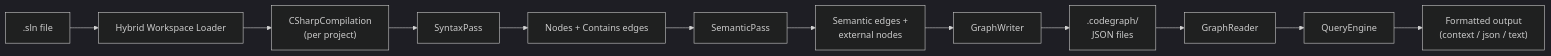
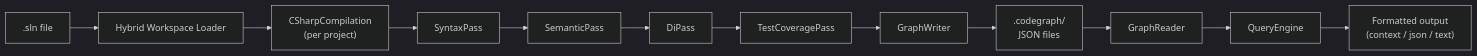
One commit to droosma/vibe-codeGraph changed the first of 2 diagrams in docs/architecture.md. Above: the diagram before and after it, drawn with Mermaid (dark theme). The commit also changed other lines of this file and 1 other file, not shown here.

First line of the commit message:
docs: fix pass architecture and test count

````diff
--- a/docs/architecture.md
+++ b/docs/architecture.md
@@ -7,14 +7,14 @@
 ```mermaid
 flowchart LR
     A[".sln file"] --> B["Hybrid Workspace Loader"]
     B --> C["CSharpCompilation\n(per project)"]
     C --> D["SyntaxPass"]
-    D --> E["Nodes + Contains edges"]
-    E --> F["SemanticPass"]
-    F --> G["Semantic edges +\nexternal nodes"]
+    D --> E["SemanticPass"]
+    E --> F["DiPass"]
+    F --> G["TestCoveragePass"]
     G --> H["GraphWriter"]
     H --> I[".codegraph/\nJSON files"]
     I --> J["GraphReader"]
     J --> K["QueryEngine"]
     K --> L["Formatted output\n(context / json / text)"]
 ```
````
